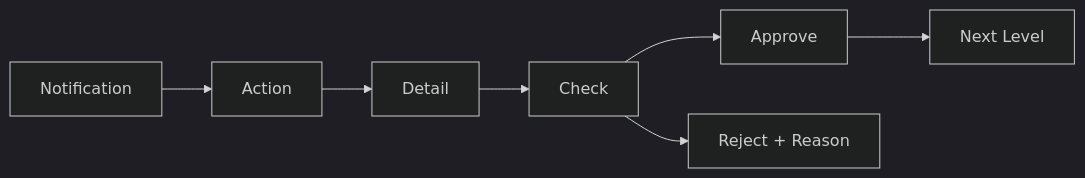
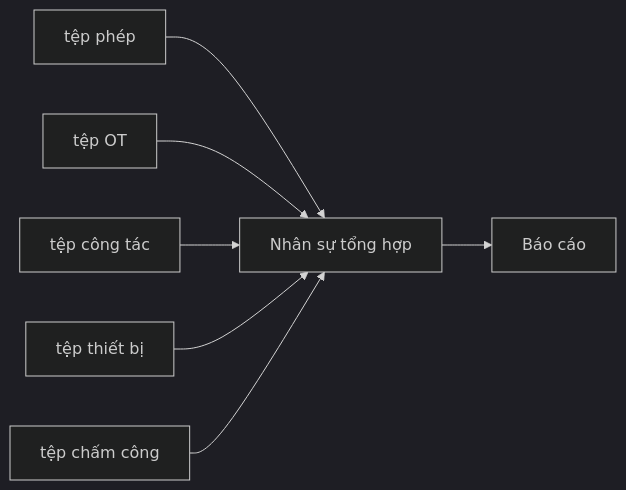
Diagram 12 of 15 in MÔ HÌNH/DOCUMENTATION/07_PRESENTATION.md (Nang0559/Reggister), drawn with Mermaid (dark theme) before and after one commit. The commit also changed other lines of this file and 256 other files, not shown here.

````diff
--- a/MÔ HÌNH/DOCUMENTATION/07_PRESENTATION.md
+++ b/MÔ HÌNH/DOCUMENTATION/07_PRESENTATION.md
@@ -456,9 +387,9 @@
 ```mermaid
 flowchart LR
-    NOTI[Notification] --> ACTION[Action]
-    ACTION --> DETAIL[Detail]
-    DETAIL --> CHECK[Check]
-    CHECK --> AP[Approve]
-    CHECK --> RJ[Reject + Reason]
-    AP --> NEXT[Next Level]
+    A[tệp phép] --> H[Nhân sự tổng hợp]
+    B[tệp OT] --> H
+    C[tệp công tác] --> H
+    D[tệp thiết bị] --> H
+    E[tệp chấm công] --> H
+    H --> F[Báo cáo]
 ```
````
